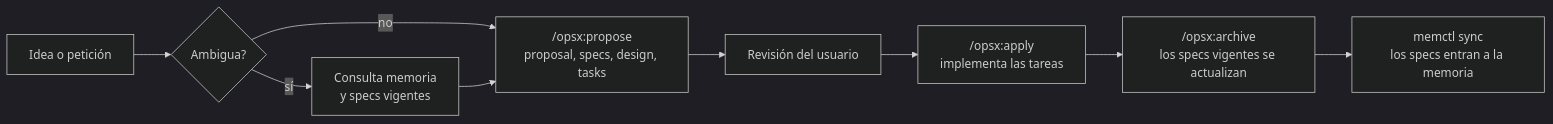
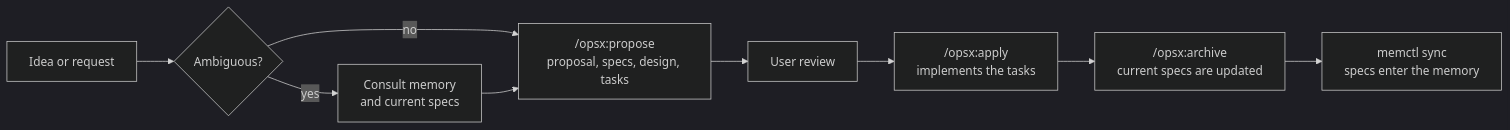
One commit to WRopero/Timewarden changed the seventh of 8 diagrams in docs/HOW_IT_WORKS.md. Above: the diagram before and after it, drawn with Mermaid (dark theme). The commit also changed other lines of this file and 97 other files, not shown here.

````diff
--- a/docs/HOW_IT_WORKS.md
+++ b/docs/HOW_IT_WORKS.md
@@ -117,11 +117,11 @@
 ```mermaid
 flowchart LR
-  I["Idea o petición"] --> M{"Ambigua?"}
-  M -->|"sí"| REC["Consulta memoria<br/>y specs vigentes"]
+  I["Idea or request"] --> M{"Ambiguous?"}
+  M -->|"yes"| REC["Consult memory<br/>and current specs"]
   M -->|"no"| P
   REC --> P["/opsx:propose<br/>proposal, specs, design, tasks"]
-  P --> RV["Revisión del usuario"]
-  RV --> AP["/opsx:apply<br/>implementa las tareas"]
-  AP --> AR["/opsx:archive<br/>los specs vigentes se actualizan"]
-  AR --> SY["memctl sync<br/>los specs entran a la memoria"]
+  P --> RV["User review"]
+  RV --> AP["/opsx:apply<br/>implements the tasks"]
+  AP --> AR["/opsx:archive<br/>current specs are updated"]
+  AR --> SY["memctl sync<br/>specs enter the memory"]
 ```
````
